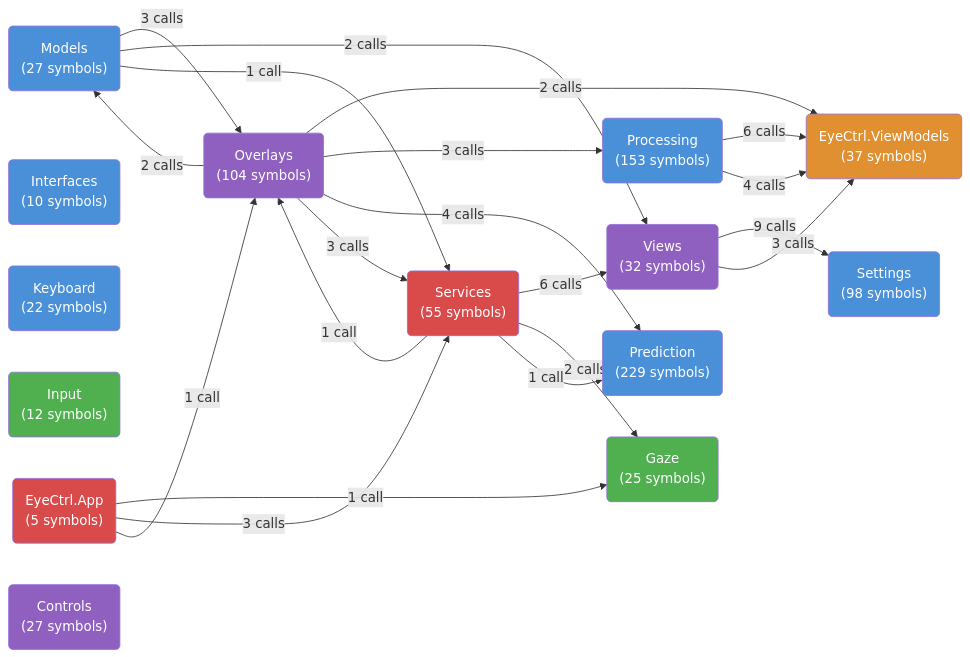
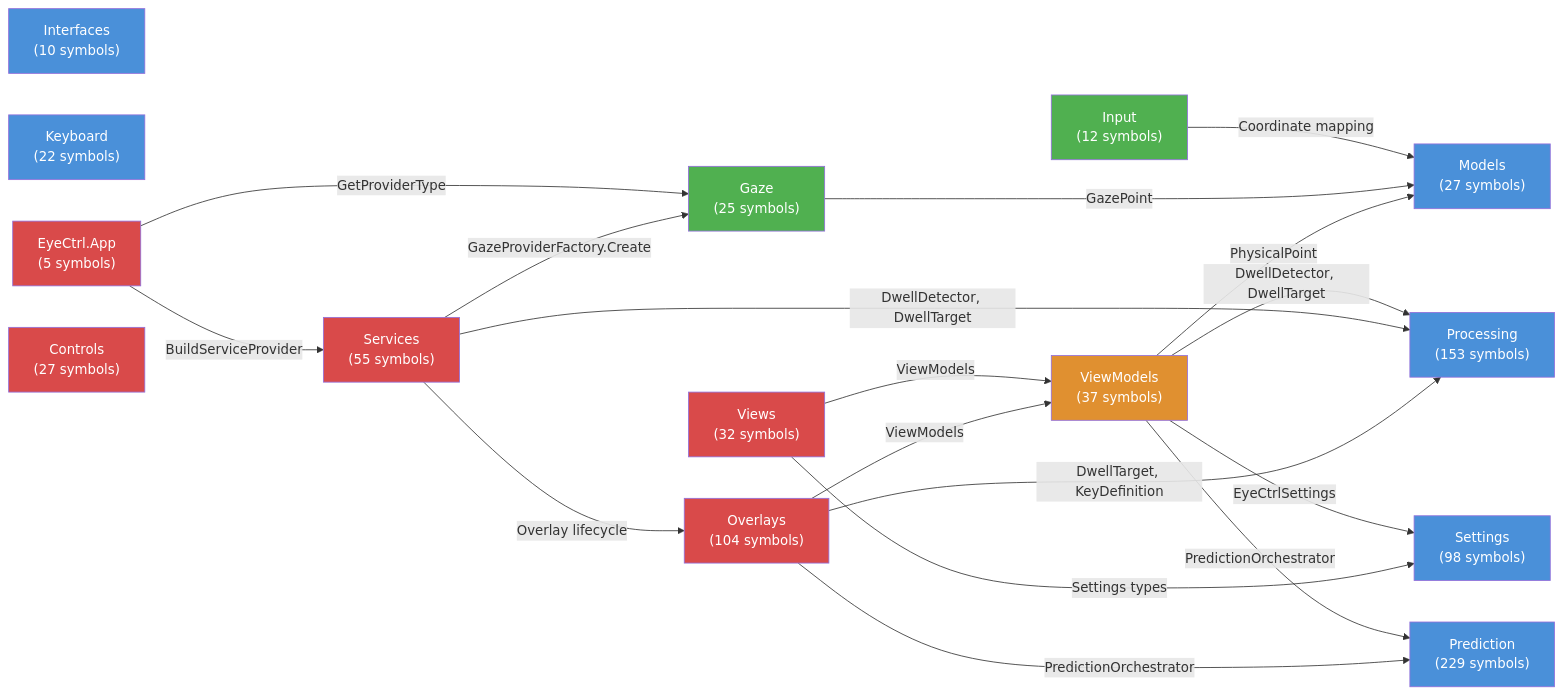
The second of 4 diagrams in ARCHITECTURE.md (xasx/eyectrl), drawn with Mermaid before and after one commit. The commit also changed other lines of this file and 2 other files, not shown here.

First line of the commit message:
Update ARCHITECTURE.md with current knowledge graph data

````diff
--- a/ARCHITECTURE.md
+++ b/ARCHITECTURE.md
@@ -47,69 +158,65 @@
 ```mermaid
 graph LR
-    %% Node styling
     classDef core fill:#4a90d9,color:white
     classDef platform fill:#50b050,color:white
     classDef app fill:#d94a4a,color:white
     classDef vm fill:#e09030,color:white
-    classDef ui fill:#9060c0,color:white
-    classDef models fill:#60b0b0,color:white
 
     %% Core layer
-    Models("Models<br/>(27 symbols)")
-    Interfaces("Interfaces<br/>(10 symbols)")
-    Processing("Processing<br/>(153 symbols)")
-    Prediction("Prediction<br/>(229 symbols)")
-    Keyboard("Keyboard<br/>(22 symbols)")
-    Settings("Settings<br/>(98 symbols)")
+    Models["Models<br/>(27 symbols)"]
+    Interfaces["Interfaces<br/>(10 symbols)"]
+    Processing["Processing<br/>(153 symbols)"]
+    Prediction["Prediction<br/>(229 symbols)"]
+    Keyboard["Keyboard<br/>(22 symbols)"]
+    Settings["Settings<br/>(98 symbols)"]
 
     %% Platform layer
-    Gaze("Gaze<br/>(25 symbols)")
-    Input("Input<br/>(12 symbols)")
+    Gaze["Gaze<br/>(25 symbols)"]
+    Input["Input<br/>(12 symbols)"]
 
     %% App layer
-    Services("Services<br/>(55 symbols)")
-    EyeCtrlApp("EyeCtrl.App<br/>(5 symbols)")
+    Services["Services<br/>(55 symbols)"]
+    EyeCtrlApp["EyeCtrl.App<br/>(5 symbols)"]
 
     %% ViewModels
-    ViewModels("EyeCtrl.ViewModels<br/>(37 symbols)")
+    ViewModels["ViewModels<br/>(37 symbols)"]
 
     %% UI
-    Overlays("Overlays<br/>(104 symbols)")
-    Views("Views<br/>(32 symbols)")
-    Controls("Controls<br/>(27 symbols)")
+    Overlays["Overlays<br/>(104 symbols)"]
+    Views["Views<br/>(32 symbols)"]
+    Controls["Controls<br/>(27 symbols)"]
 
-    %% Core → Core
-    Processing -->|6 calls| ViewModels
-    Processing -->|4 calls| ViewModels
+    %% App → Platform
+    Services -->|GazeProviderFactory.Create| Gaze
+    EyeCtrlApp -->|GetProviderType| Gaze
 
-    %% App → Core/ViewModels
-    Services -->|6 calls| Views
-    Services -->|2 calls| Gaze
-    Services -->|1 call| Prediction
-    Services -->|1 call| Overlays
+    %% App → Core
+    Views -->|Settings types| Settings
+    Overlays -->|DwellTarget, KeyDefinition| Processing
+    Overlays -->|PredictionOrchestrator| Prediction
+    Services -->|DwellDetector, DwellTarget| Processing
 
-    %% ViewModels ← Views/Overlays
-    Views -->|9 calls| Settings
-    Views -->|3 calls| ViewModels
-    Overlays -->|2 calls| ViewModels
-    Overlays -->|3 calls| Processing
-    Overlays -->|4 calls| Prediction
-    Overlays -->|3 calls| Services
-    Overlays -->|2 calls| Models
+    %% ViewModels → Core
+    ViewModels -->|DwellDetector, DwellTarget| Processing
+    ViewModels -->|PredictionOrchestrator| Prediction
+    ViewModels -->|EyeCtrlSettings| Settings
+    ViewModels -->|PhysicalPoint| Models
 
-    %% Models used everywhere
-    Models -->|3 calls| Overlays
-    Models -->|2 calls| Views
-    Models -->|1 call| Services
+    %% Platform → Core
+    Gaze -->|GazePoint| Models
+    Input -->|Coordinate mapping| Models
 
-    %% Gaze feeds Processing
-    EyeCtrlApp -->|1 call| Gaze
-    EyeCtrlApp -->|3 calls| Services
-    EyeCtrlApp -->|1 call| Overlays
+    %% Overlays → ViewModels
+    Overlays -->|ViewModels| ViewModels
+    Views -->|ViewModels| ViewModels
+
+    %% App internal
+    EyeCtrlApp -->|BuildServiceProvider| Services
+    Services -->|Overlay lifecycle| Overlays
 
     class Models,Interfaces,Processing,Prediction,Keyboard,Settings core
     class Gaze,Input platform
     class Services,EyeCtrlApp app
     class ViewModels vm
-    class Overlays,Views,Controls ui
+    class Overlays,Views,Controls app
 ```
````
